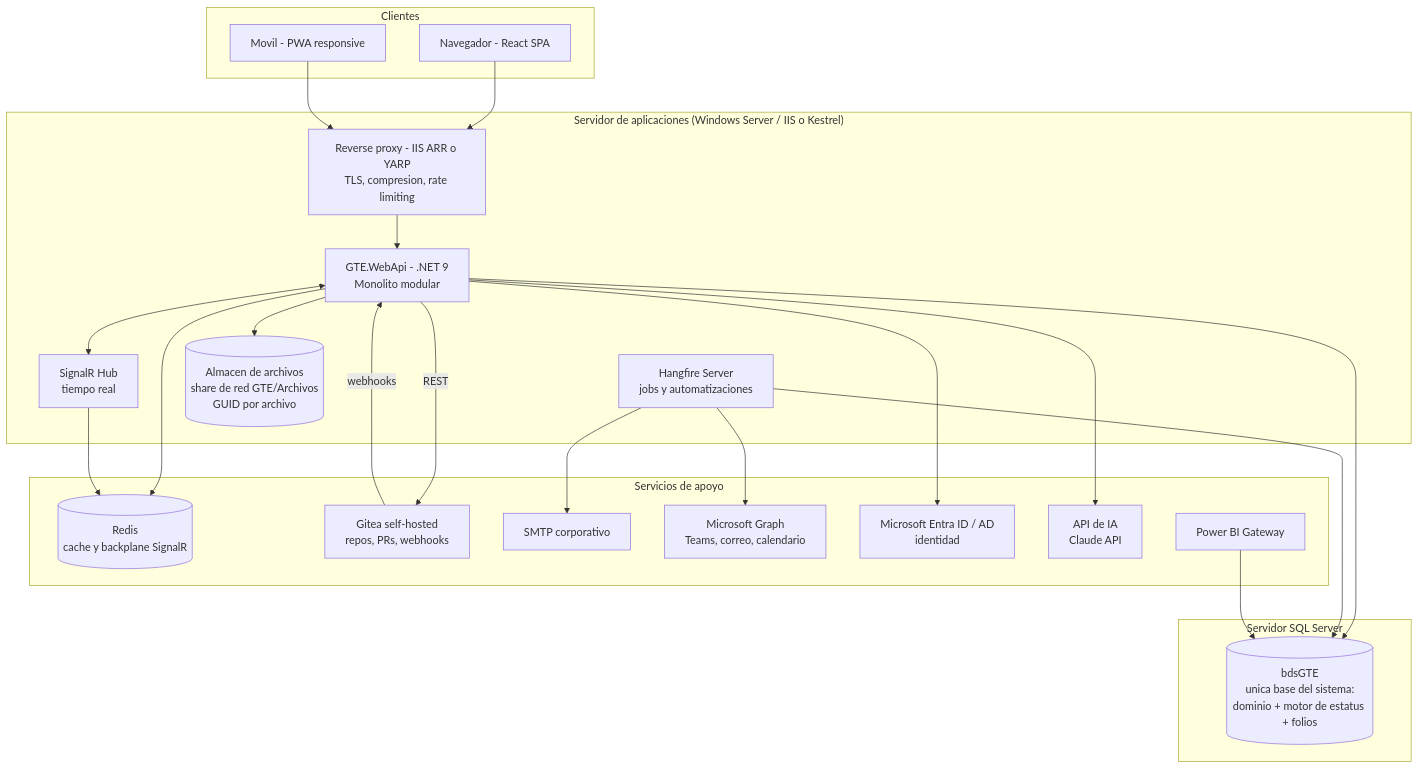
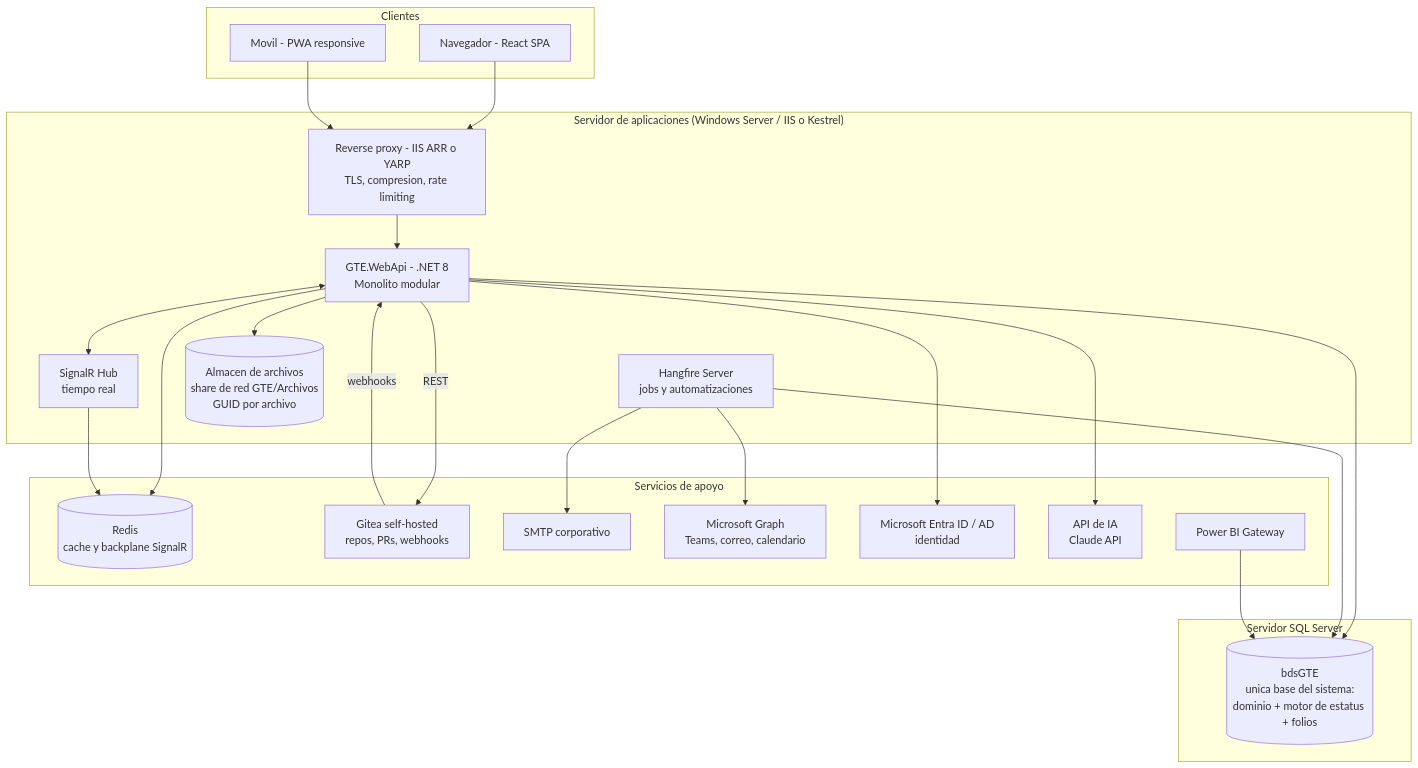
The second of 16 diagrams in Doctos/GTE-DocumentoMaestro.md (Ocegueda23/GP-GTE), drawn with Mermaid before and after one commit. The commit also changed other lines of this file and 24 other files, not shown here.

````diff
--- a/Doctos/GTE-DocumentoMaestro.md
+++ b/Doctos/GTE-DocumentoMaestro.md
@@ -162,46 +162,46 @@
 ```mermaid
 flowchart TB
     subgraph Clientes
         B1[Navegador - React SPA]
         B2[Movil - PWA responsive]
     end
 
     subgraph SrvApp["Servidor de aplicaciones (Windows Server / IIS o Kestrel)"]
         RP[Reverse proxy - IIS ARR o YARP<br/>TLS, compresion, rate limiting]
-        API[GTE.WebApi - .NET 9<br/>Monolito modular]
+        API[GTE.WebApi - .NET 8<br/>Monolito modular]
         HF[Hangfire Server<br/>jobs y automatizaciones]
         SR[SignalR Hub<br/>tiempo real]
         FS[(Almacen de archivos<br/>share de red GTE/Archivos<br/>GUID por archivo)]
     end
 
     subgraph SrvDatos["Servidor SQL Server"]
         DB1[(bdsGTE<br/>unica base del sistema:<br/>dominio + motor de estatus + folios)]
     end
 
     subgraph Infra["Servicios de apoyo"]
         RD[(Redis<br/>cache y backplane SignalR)]
         GITEA[Gitea self-hosted<br/>repos, PRs, webhooks]
         SMTP[SMTP corporativo]
         GRAPH[Microsoft Graph<br/>Teams, correo, calendario]
         ENTRA[Microsoft Entra ID / AD<br/>identidad]
         IAAPI[API de IA<br/>Claude API]
         PBI[Power BI Gateway]
     end
 
     B1 --> RP
     B2 --> RP
     RP --> API
     API --> DB1
     API --> RD
     API --> FS
     HF --> DB1
     HF --> SMTP
     HF --> GRAPH
     API <--> SR
     SR --> RD
     GITEA -- webhooks --> API
     API -- REST --> GITEA
     API --> ENTRA
     API --> IAAPI
     PBI --> DB1
 ```
````
